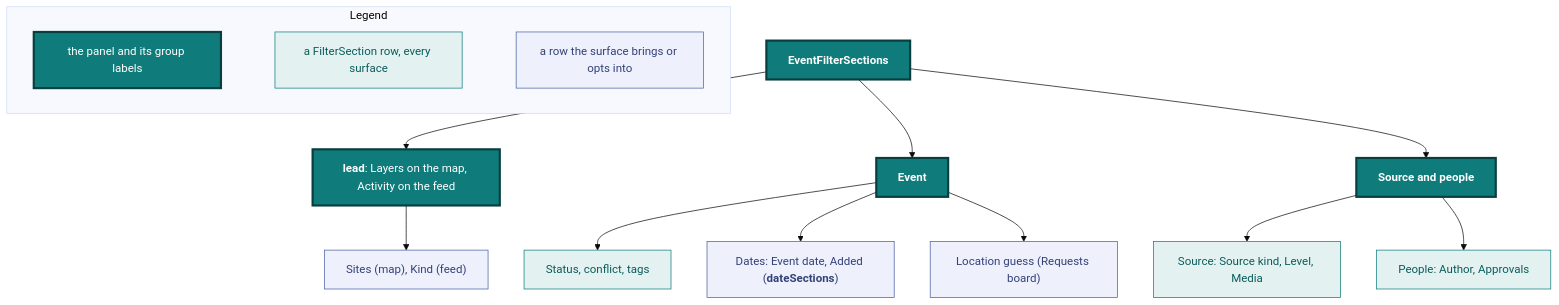
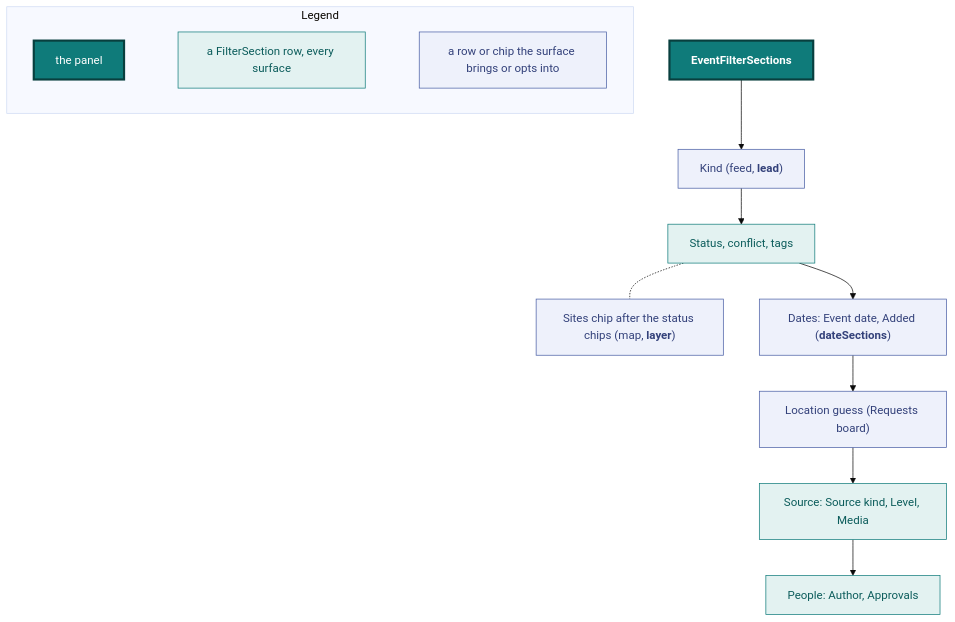
The sixth of 19 diagrams in docs/design.md (vidithq/vidit), drawn with Mermaid (base theme) before and after one commit. The commit also changed other lines of this file and 7 other files, not shown here.

First line of the commit message:
feat(filters): make Sites a filter chip and drop the group headings

````diff
--- a/docs/design.md
+++ b/docs/design.md
@@ -657,34 +657,26 @@
 ```mermaid
 flowchart TB
   classDef shared fill:#e3f2f1,stroke:#0f7b7a,color:#0b5c5b
   classDef core fill:#0f7b7a,stroke:#083f3e,stroke-width:3px,color:#ffffff
   classDef page fill:#eef1fb,stroke:#4a5fa5,color:#33417a
 
   subgraph legend [Legend]
     direction LR
-    l1["`the panel and its group labels`"]:::core
+    l1["`the panel`"]:::core
     l2["`a FilterSection row, every surface`"]:::shared
-    l3["`a row the surface brings or opts into`"]:::page
+    l3["`a row or chip the surface brings or opts into`"]:::page
     l1 ~~~ l2 ~~~ l3
   end
 
   panel["`**EventFilterSections**`"]:::core
-  lead["`**lead**: Layers on the map, Activity on the feed`"]:::core
-  event["`**Event**`"]:::core
-  source["`**Source and people**`"]:::core
-  sites["`Sites (map), Kind (feed)`"]:::page
+  kind["`Kind (feed, **lead**)`"]:::page
   what["`Status, conflict, tags`"]:::shared
+  sites["`Sites chip after the status chips (map, **layer**)`"]:::page
   dates["`Dates: Event date, Added (**dateSections**)`"]:::page
   guess["`Location guess (Requests board)`"]:::page
   src["`Source: Source kind, Level, Media`"]:::shared
   people["`People: Author, Approvals`"]:::shared
 
-  panel --> lead --> sites
-  panel --> event
-  event --> what
-  event --> dates
-  event --> guess
-  panel --> source
-  source --> src
-  source --> people
+  panel --> kind --> what --> dates --> guess --> src --> people
+  what -.- sites
 ```
````
